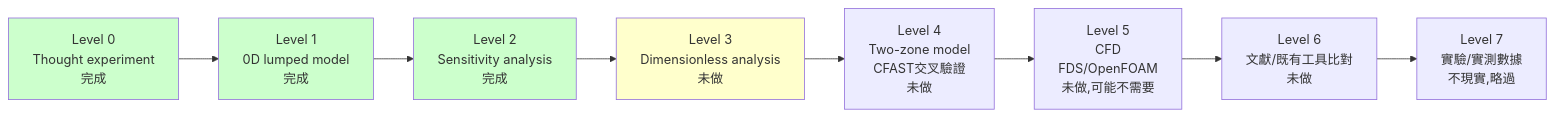
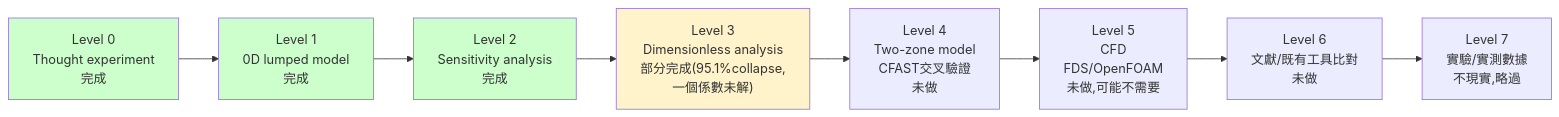
One commit to zhixiu0223/goldfish-fire-repro changed the second of 5 diagrams in article/article.md. Above: the diagram before and after it, drawn with Mermaid. The commit also changed other lines of this file and 6 other files, not shown here.

First line of the commit message:
Level 3: dimensionless analysis (VL-05), rename Failure Log to Validation Log

````diff
--- a/article/article.md
+++ b/article/article.md
@@ -56,15 +56,15 @@
 ```mermaid
 flowchart LR
     L0["Level 0<br/>Thought experiment<br/>完成"] --> L1["Level 1<br/>0D lumped model<br/>完成"]
     L1 --> L2["Level 2<br/>Sensitivity analysis<br/>完成"]
-    L2 --> L3["Level 3<br/>Dimensionless analysis<br/>未做"]
+    L2 --> L3["Level 3<br/>Dimensionless analysis<br/>部分完成(95.1%collapse,<br/>一個係數未解)"]
     L3 --> L4["Level 4<br/>Two-zone model<br/>CFAST交叉驗證<br/>未做"]
     L4 --> L5["Level 5<br/>CFD<br/>FDS/OpenFOAM<br/>未做,可能不需要"]
     L5 --> L6["Level 6<br/>文獻/既有工具比對<br/>未做"]
     L6 --> L7["Level 7<br/>實驗/實測數據<br/>不現實,略過"]
 
     style L0 fill:#ccffcc
     style L1 fill:#ccffcc
     style L2 fill:#ccffcc
-    style L3 fill:#ffffcc
+    style L3 fill:#fff3cc
 ```
````
